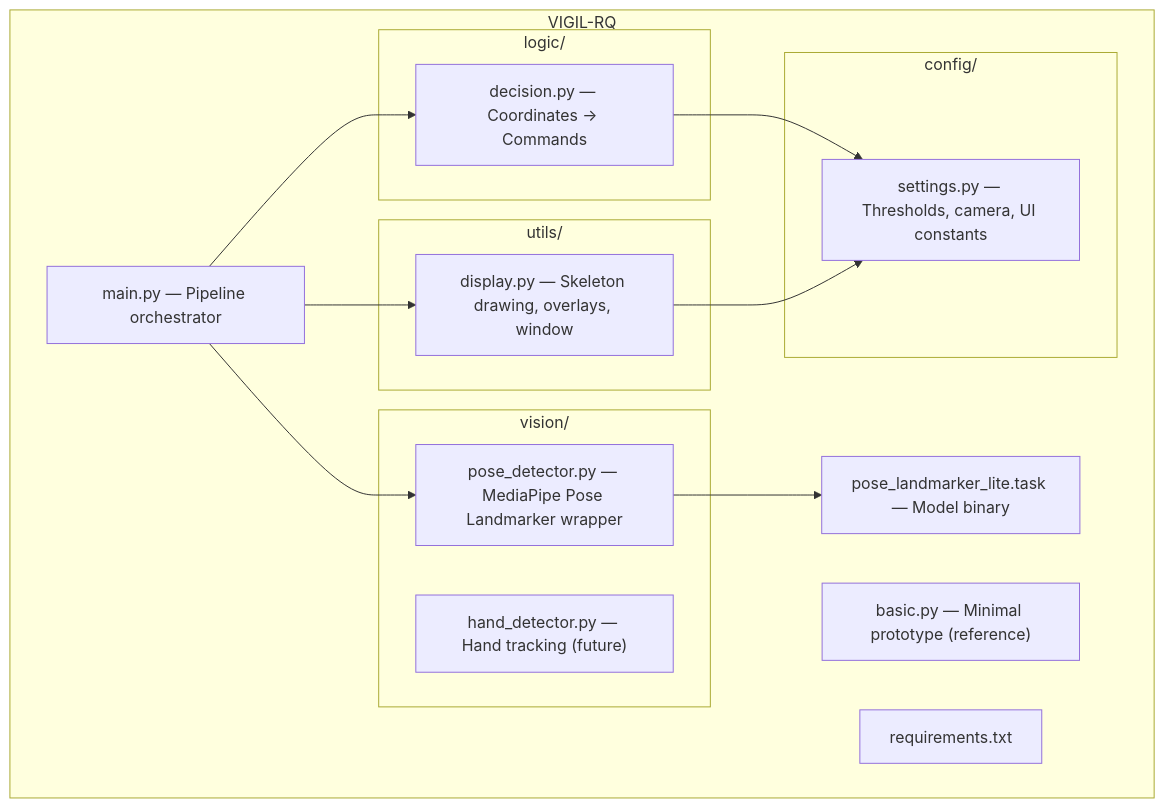
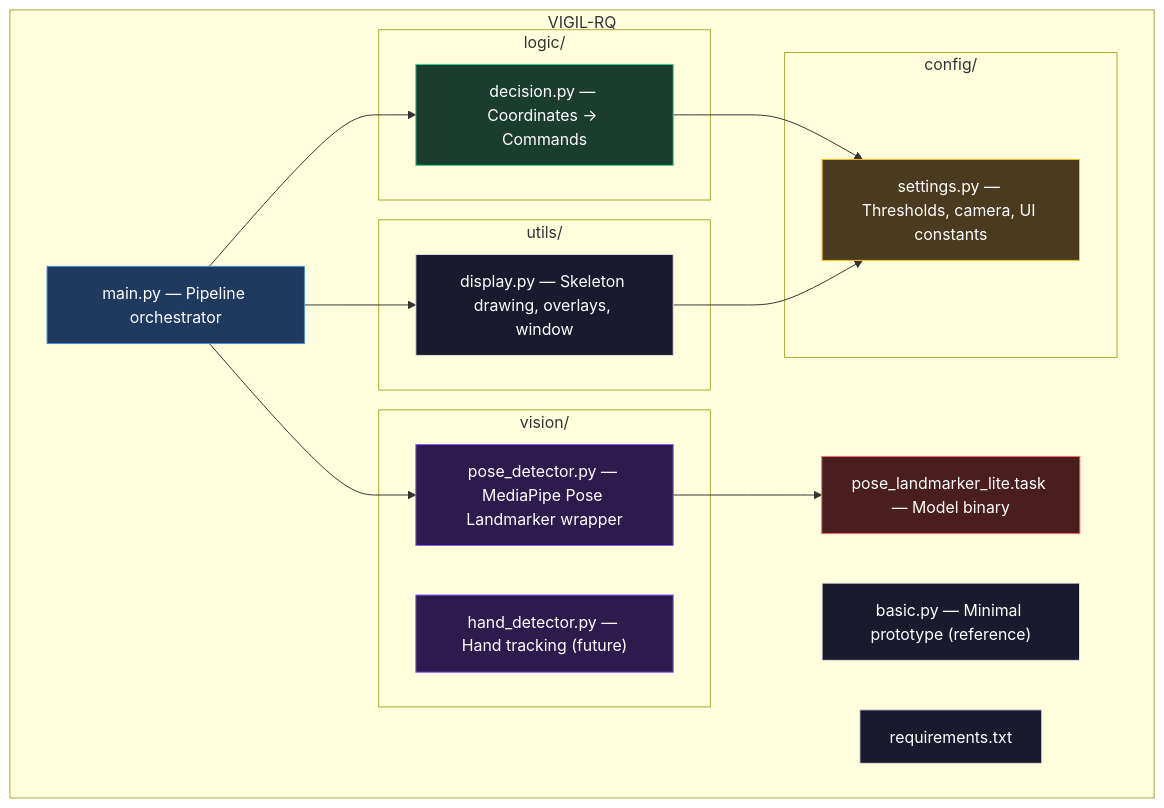
Before and after one commit to Major-Project-001/VIGIL-RQ: the second of 4 diagrams in README.md, drawn with Mermaid. The commit also changed other lines of this file, not shown here.

Commit message:
Add consistent colorful styling to all Mermaid diagrams

````diff
--- a/README.md
+++ b/README.md
@@ -37,34 +43,44 @@
 ```mermaid
 graph TD
     subgraph VIGIL-RQ
         main["main.py — Pipeline orchestrator"]
 
         subgraph vision["vision/"]
             pose["pose_detector.py — MediaPipe Pose Landmarker wrapper"]
             hand["hand_detector.py — Hand tracking (future)"]
         end
 
         subgraph logic["logic/"]
             decision["decision.py — Coordinates → Commands"]
         end
 
         subgraph utils["utils/"]
             display["display.py — Skeleton drawing, overlays, window"]
         end
 
         subgraph config["config/"]
             settings["settings.py — Thresholds, camera, UI constants"]
         end
 
         model["pose_landmarker_lite.task — Model binary"]
         basic["basic.py — Minimal prototype (reference)"]
         reqs["requirements.txt"]
     end
 
     main --> pose
     main --> decision
     main --> display
     decision --> settings
     display --> settings
     pose --> model
+
+    style main fill:#1e3a5f,stroke:#4a90d9,color:#fff
+    style pose fill:#2d1b4e,stroke:#8b5cf6,color:#fff
+    style hand fill:#2d1b4e,stroke:#8b5cf6,color:#fff
+    style decision fill:#1b3d2f,stroke:#34d399,color:#fff
+    style display fill:#1a1a2e,stroke:#e0e0e0,color:#fff
+    style settings fill:#4a3a1e,stroke:#fbbf24,color:#fff
+    style model fill:#4a1e1e,stroke:#f87171,color:#fff
+    style basic fill:#1a1a2e,stroke:#e0e0e0,color:#fff
+    style reqs fill:#1a1a2e,stroke:#e0e0e0,color:#fff
 ```
````
